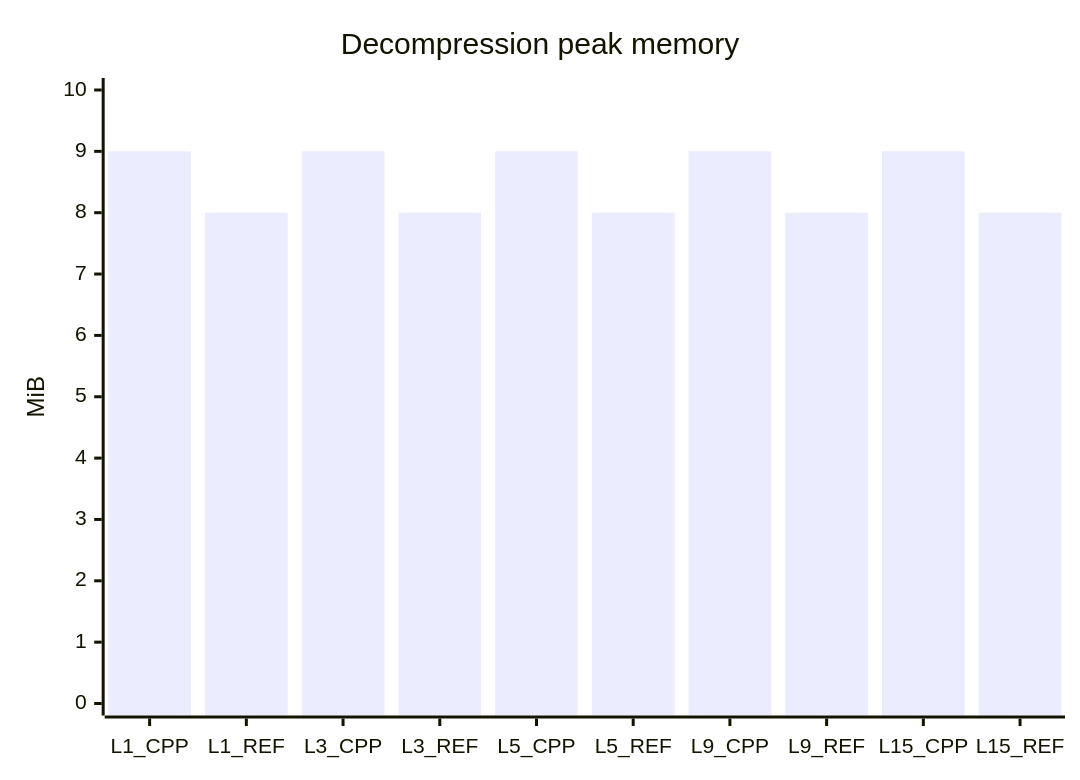
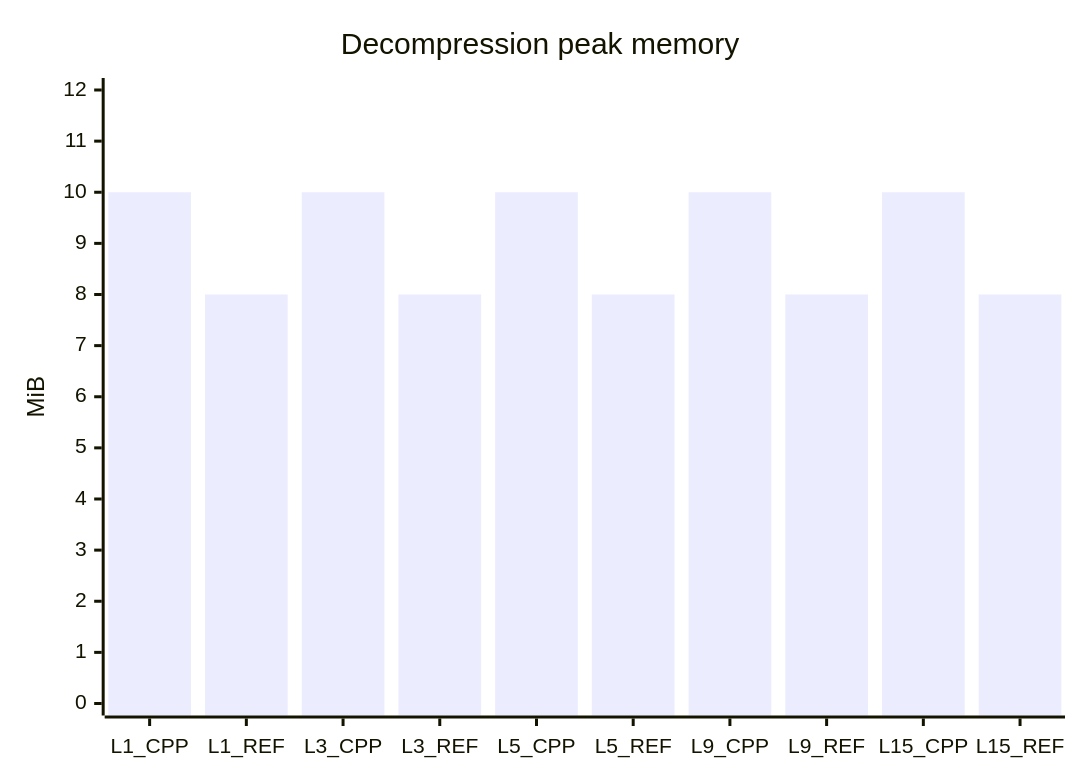
Before and after one commit to mheyman/zstdpp: the sixth of 7 diagrams in README.md, drawn with Mermaid. The commit also changed other lines of this file, not shown here.

````diff
--- a/README.md
+++ b/README.md
@@ -159,7 +168,7 @@
 ```mermaid
 xychart-beta
     title "Decompression peak memory"
     x-axis [L1_CPP, L1_REF, L3_CPP, L3_REF, L5_CPP, L5_REF, L9_CPP, L9_REF, L15_CPP, L15_REF]
-    y-axis "MiB" 0 --> 10
-    bar [9, 8, 9, 8, 9, 8, 9, 8, 9, 8]
+    y-axis "MiB" 0 --> 12
+    bar [10, 8, 10, 8, 10, 8, 10, 8, 10, 8]
 ```
````
